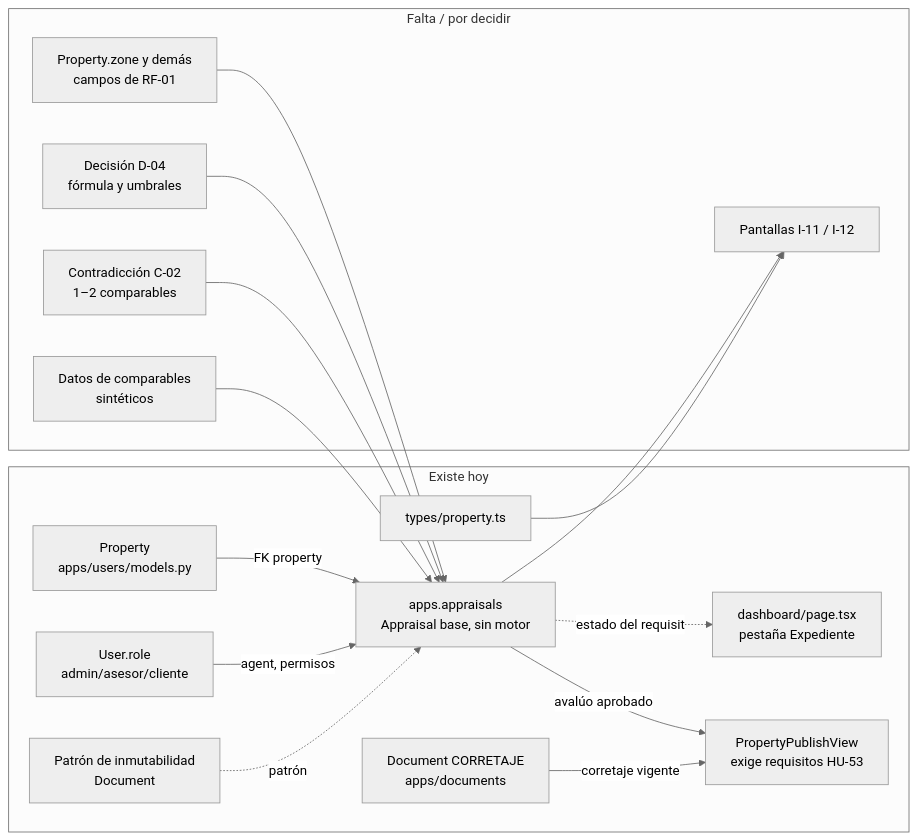
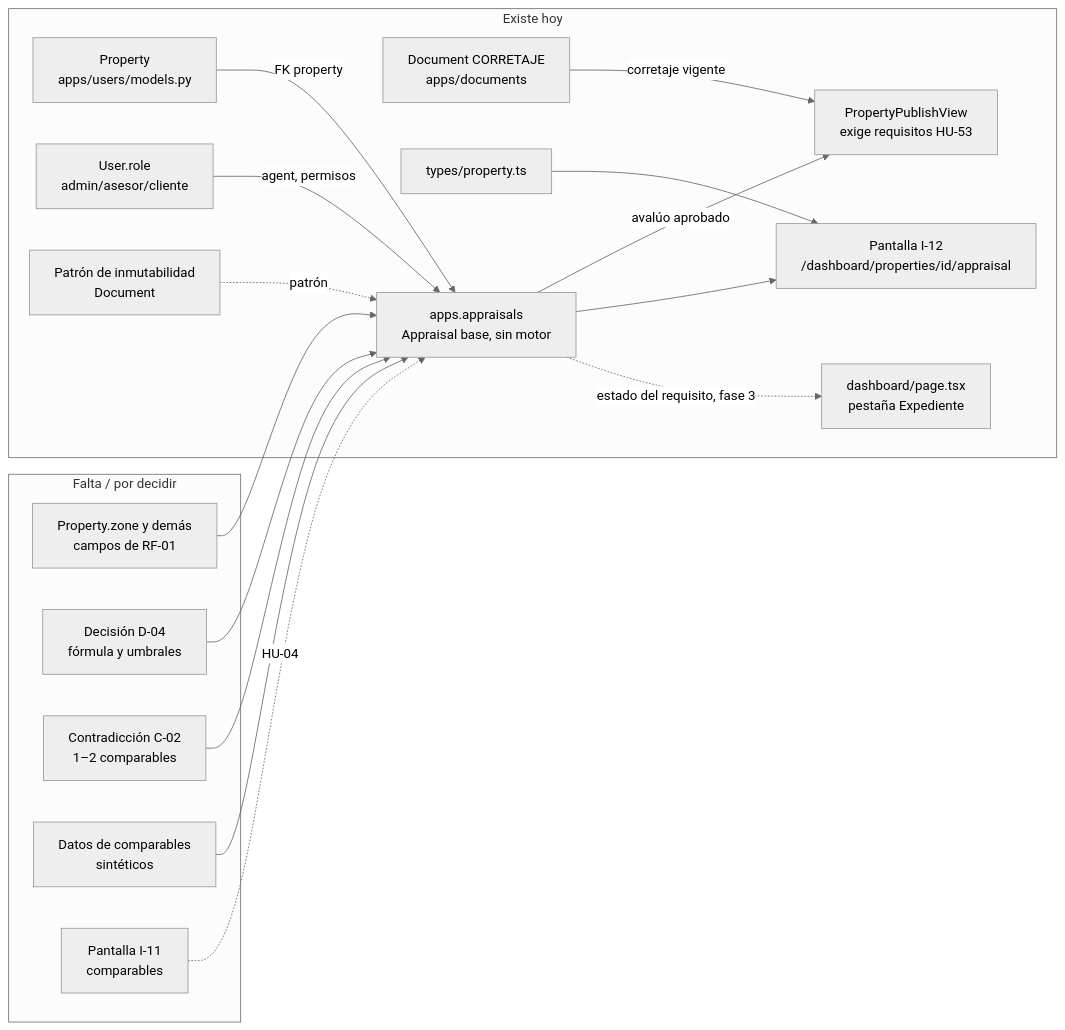
Before and after one commit to P4bl1t0ck/Urbanex: the diagram in docs/handoff/URBANEX_GPS_ARCHIVOS.md, drawn with Mermaid (neutral theme). The commit also changed other lines of this file and 7 other files, not shown here.

````diff
--- a/docs/handoff/URBANEX_GPS_ARCHIVOS.md
+++ b/docs/handoff/URBANEX_GPS_ARCHIVOS.md
@@ -96,32 +99,34 @@
 ```mermaid
 flowchart LR
   subgraph Existe["Existe hoy"]
     P[Property<br/>apps/users/models.py]
     U[User.role<br/>admin/asesor/cliente]
     D[Document CORRETAJE<br/>apps/documents]
     T[types/property.ts]
     DB[dashboard/page.tsx<br/>pestaña Expediente]
     PUB[PropertyPublishView<br/>exige requisitos HU-53]
     IMM[Patrón de inmutabilidad<br/>Document]
     A[apps.appraisals<br/>Appraisal base, sin motor]
+    UI[Pantalla I-12<br/>/dashboard/properties/id/appraisal]
   end
   subgraph Falta["Falta / por decidir"]
     Z[Property.zone y demás<br/>campos de RF-01]
     D04[Decisión D-04<br/>fórmula y umbrales]
     C02[Contradicción C-02<br/>1–2 comparables]
     SEED[Datos de comparables<br/>sintéticos]
-    UI[Pantallas I-11 / I-12]
+    UI11[Pantalla I-11<br/>comparables]
   end
   P -->|FK property| A
   U -->|agent, permisos| A
   Z --> A
   D04 --> A
   C02 --> A
   SEED --> A
   IMM -.patrón.-> A
   A -->|avalúo aprobado| PUB
   D -->|corretaje vigente| PUB
   A --> UI
   T --> UI
-  A -.estado del requisito.-> DB
+  UI11 -.HU-04.-> A
+  A -.estado del requisito, fase 3.-> DB
 ```
````
